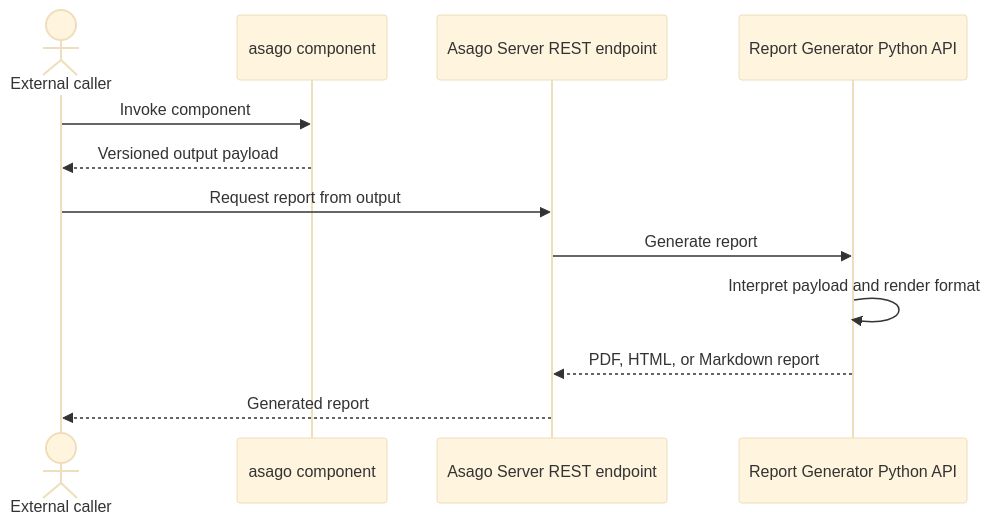
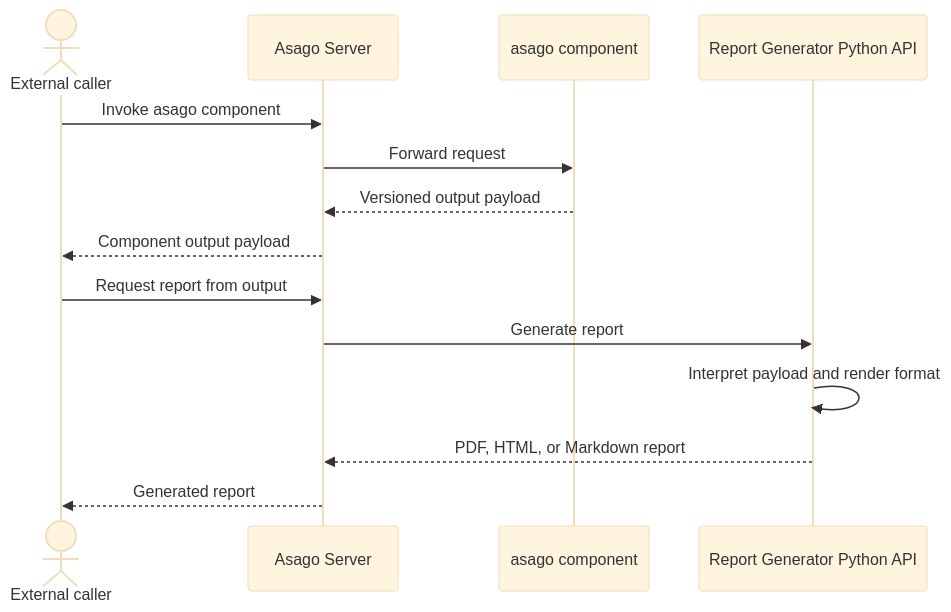
One commit to asago-ai/architecture-decision-records changed the diagram in architecture-decision-records/ASAGO-ADR-0002-reporting.md. Above: the diagram before and after it, drawn with Mermaid (base theme).

Commit message:
Update ADR 0002 sequence diagram
Model: GLM 5.3

````diff
--- a/architecture-decision-records/ASAGO-ADR-0002-reporting.md
+++ b/architecture-decision-records/ASAGO-ADR-0002-reporting.md
@@ -50,15 +50,18 @@
 ```mermaid
 sequenceDiagram
     actor Caller as External caller
+    participant Server as Asago Server
     participant Component as asago component
-    participant API as Asago Server REST endpoint
     participant Generator as Report Generator Python API
 
-    Caller->>Component: Invoke component
-    Component-->>Caller: Versioned output payload
-    Caller->>API: Request report from output
-    API->>Generator: Generate report
+    Caller->>Server: Invoke asago component
+    Server->>Component: Forward request
+    Component-->>Server: Versioned output payload
+    Server-->>Caller: Component output payload
+
+    Caller->>Server: Request report from output
+    Server->>Generator: Generate report
     Generator->>Generator: Interpret payload and render format
-    Generator-->>API: PDF, HTML, or Markdown report
-    API-->>Caller: Generated report
+    Generator-->>Server: PDF, HTML, or Markdown report
+    Server-->>Caller: Generated report
 ```
````
